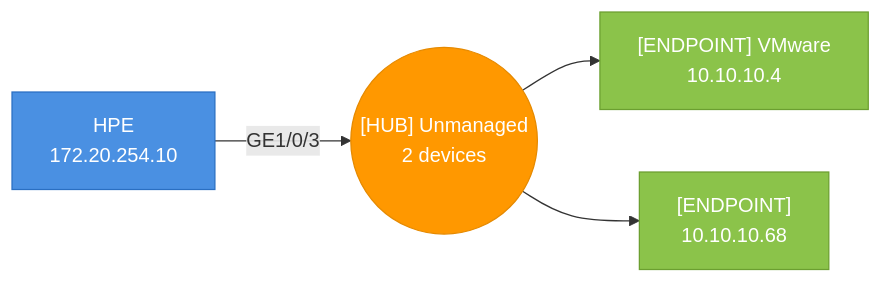
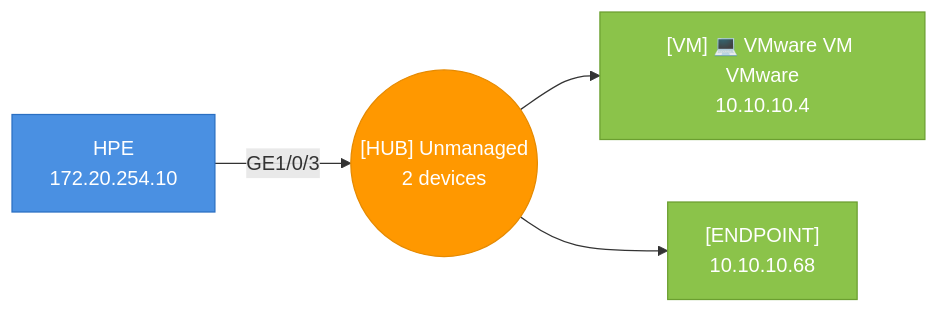
The third of 47 diagrams in testdata/golden/audit_default.md (djamic/LLDP-Skanner-Go), drawn with Mermaid before and after one commit. The commit also changed other lines of this file and 12 other files, not shown here.

````diff
--- a/testdata/golden/audit_default.md
+++ b/testdata/golden/audit_default.md
@@ -1374,14 +1479,14 @@
 ```mermaid
 graph LR
   hub_4caea3277eca_p3(("[HUB] Unmanaged<br>2 devices"))
   4caea3277eca["HPE<br>172.20.254.10"]
   4caea3277eca-- "GE1/0/3" -->hub_4caea3277eca_p3
   style 4caea3277eca fill:#4A90E2,stroke:#2A6FC2,color:#fff
-  000c29b745bb["[ENDPOINT] VMware<br>10.10.10.4"]
+  000c29b745bb["[VM] 💻 VMware VM VMware<br>10.10.10.4"]
   hub_4caea3277eca_p3-->000c29b745bb
   style 000c29b745bb fill:#8BC34A,stroke:#6B9F30,color:#fff
   c4346bb84194["[ENDPOINT]<br>10.10.10.68"]
   hub_4caea3277eca_p3-->c4346bb84194
   style c4346bb84194 fill:#8BC34A,stroke:#6B9F30,color:#fff
   style hub_4caea3277eca_p3 fill:#FF9800,stroke:#E68A00,color:#fff
 ```
````
